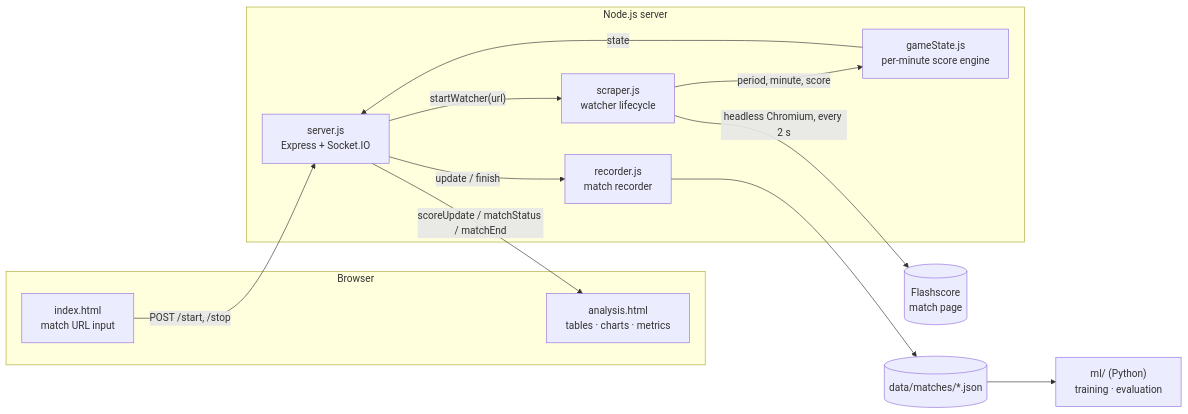
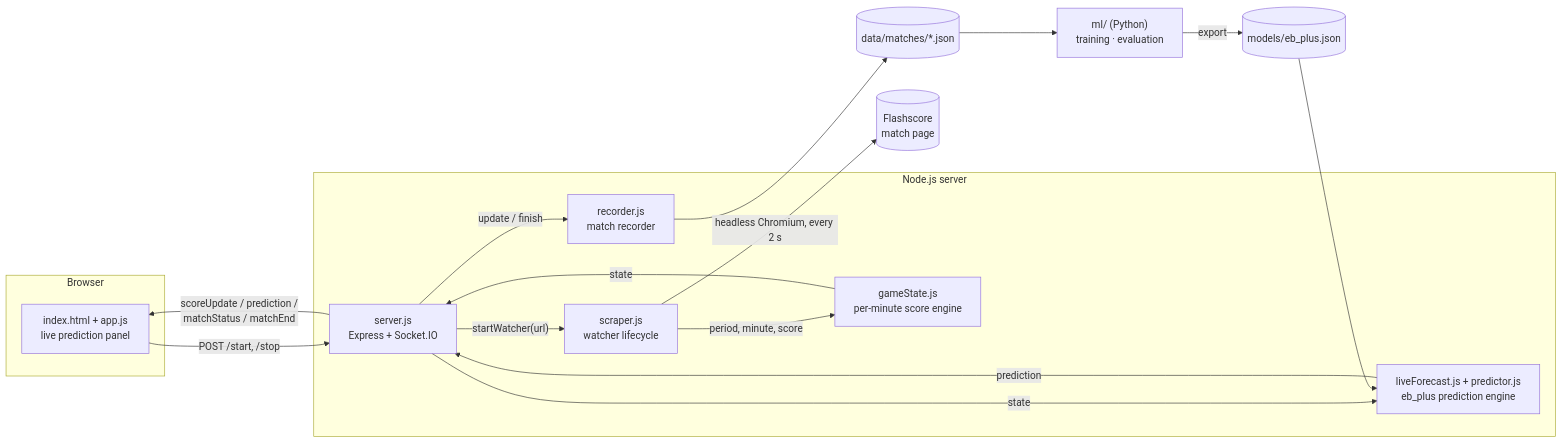
Before and after one commit to aral-by/basketscrape: the first of 2 diagrams in README.md, drawn with Mermaid. The commit also changed other lines of this file and 15 other files, not shown here.

First line of the commit message:
feat: new live prediction panel connected to the eb_plus engine

````diff
--- a/README.md
+++ b/README.md
@@ -25,28 +25,34 @@
 ```mermaid
 flowchart LR
     subgraph Browser
-        IDX["index.html<br/>match URL input"]
-        ANA["analysis.html<br/>tables · charts · metrics"]
+        ANA["index.html + app.js<br/>live prediction panel"]
     end
 
     subgraph Node["Node.js server"]
         SRV["server.js<br/>Express + Socket.IO"]
         WAT["scraper.js<br/>watcher lifecycle"]
         SB["gameState.js<br/>per-minute score engine"]
         REC["recorder.js<br/>match recorder"]
+        PRD["liveForecast.js + predictor.js<br/>eb_plus prediction engine"]
     end
+
+    MODEL[("models/eb_plus.json")]
 
     FS[("Flashscore<br/>match page")]
     DATA[("data/matches/*.json")]
     ML["ml/ (Python)<br/>training · evaluation"]
 
-    IDX -- "POST /start, /stop" --> SRV
+    ANA -- "POST /start, /stop" --> SRV
     SRV -- "startWatcher(url)" --> WAT
     WAT -- "headless Chromium, every 2 s" --> FS
     WAT -- "period, minute, score" --> SB
     SB -- "state" --> SRV
-    SRV -- "scoreUpdate / matchStatus / matchEnd" --> ANA
+    SRV -- "state" --> PRD
+    MODEL --> PRD
+    PRD -- "prediction" --> SRV
+    SRV -- "scoreUpdate / prediction /<br/>matchStatus / matchEnd" --> ANA
     SRV -- "update / finish" --> REC
     REC --> DATA
     DATA --> ML
+    ML -- "export" --> MODEL
 ```
````
